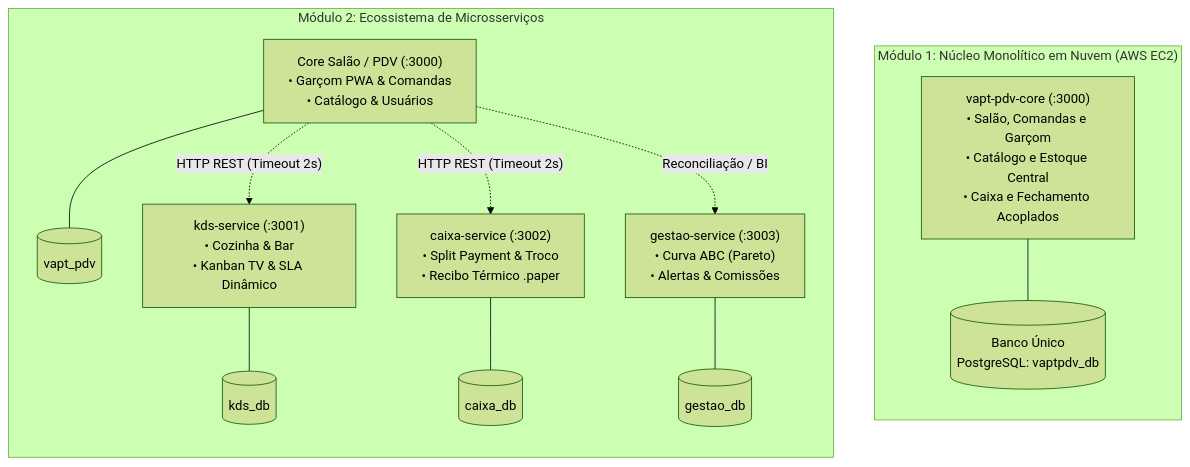
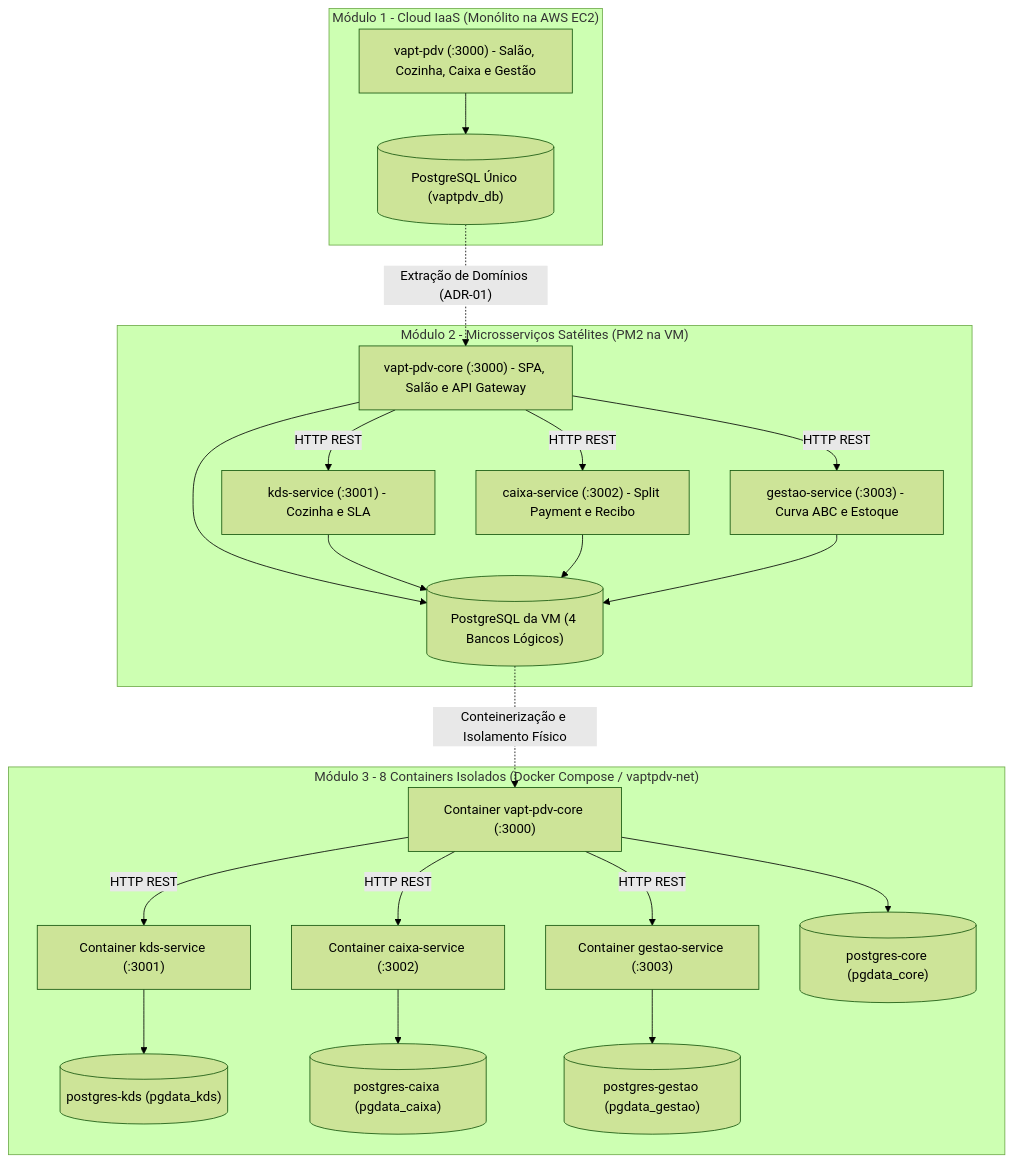
The first of 2 diagrams in README.md (kaiofranca/vapt-pdv), drawn with Mermaid (forest theme) before and after one commit. The commit also changed other lines of this file, not shown here.

````diff
--- a/README.md
+++ b/README.md
@@ -34,31 +83,47 @@
 ```mermaid
 flowchart TD
-    subgraph M1["Módulo 1: Núcleo Monolítico em Nuvem (AWS EC2)"]
-        direction TB
-        M1_Core["vapt-pdv-core (:3000)<br>• Salão, Comandas e Garçom<br>• Catálogo e Estoque Central<br>• Caixa e Fechamento Acoplados"]
-        M1_DB[("Banco Único<br>PostgreSQL: vaptpdv_db")]
-        M1_Core --- M1_DB
+    subgraph M1["Módulo 1 - Cloud IaaS (Monólito na AWS EC2)"]
+        M1_Core["vapt-pdv (:3000) - Salão, Cozinha, Caixa e Gestão"]
+        M1_DB[("PostgreSQL Único (vaptpdv_db)")]
+        M1_Core --> M1_DB
     end
 
-    subgraph M2["Módulo 2: Ecossistema de Microsserviços"]
-        direction TB
-        M2_Core["Core Salão / PDV (:3000)<br>• Garçom PWA & Comandas<br>• Catálogo & Usuários"]
-        M2_KDS["kds-service (:3001)<br>• Cozinha & Bar<br>• Kanban TV & SLA Dinâmico"]
-        M2_Caixa["caixa-service (:3002)<br>• Split Payment & Troco<br>• Recibo Térmico .paper"]
-        M2_Gestao["gestao-service (:3003)<br>• Curva ABC (Pareto)<br>• Alertas & Comissões"]
+    subgraph M2["Módulo 2 - Microsserviços Satélites (PM2 na VM)"]
+        M2_Core["vapt-pdv-core (:3000) - SPA, Salão e API Gateway"]
+        M2_KDS["kds-service (:3001) - Cozinha e SLA"]
+        M2_Caixa["caixa-service (:3002) - Split Payment e Recibo"]
+        M2_Gestao["gestao-service (:3003) - Curva ABC e Estoque"]
+        M2_DB[("PostgreSQL da VM (4 Bancos Lógicos)")]
 
-        DB_Core[("vapt_pdv")]
-        DB_KDS[("kds_db")]
-        DB_Caixa[("caixa_db")]
-        DB_Gestao[("gestao_db")]
+        M2_Core -->|HTTP REST| M2_KDS
+        M2_Core -->|HTTP REST| M2_Caixa
+        M2_Core -->|HTTP REST| M2_Gestao
+        M2_Core --> M2_DB
+        M2_KDS --> M2_DB
+        M2_Caixa --> M2_DB
+        M2_Gestao --> M2_DB
+    end
 
-        M2_Core --- DB_Core
-        M2_KDS --- DB_KDS
-        M2_Caixa --- DB_Caixa
-        M2_Gestao --- DB_Gestao
+    subgraph M3["Módulo 3 - 8 Containers Isolados (Docker Compose / vaptpdv-net)"]
+        M3_Core["Container vapt-pdv-core (:3000)"]
+        M3_KDS["Container kds-service (:3001)"]
+        M3_Caixa["Container caixa-service (:3002)"]
+        M3_Gestao["Container gestao-service (:3003)"]
 
-        M2_Core -.->|"HTTP REST (Timeout 2s)"| M2_KDS
-        M2_Core -.->|"HTTP REST (Timeout 2s)"| M2_Caixa
-        M2_Core -.->|"Reconciliação / BI"| M2_Gestao
+        DB_Core[("postgres-core (pgdata_core)")]
+        DB_KDS[("postgres-kds (pgdata_kds)")]
+        DB_Caixa[("postgres-caixa (pgdata_caixa)")]
+        DB_Gestao[("postgres-gestao (pgdata_gestao)")]
+
+        M3_Core -->|HTTP REST| M3_KDS
+        M3_Core -->|HTTP REST| M3_Caixa
+        M3_Core -->|HTTP REST| M3_Gestao
+        M3_Core --> DB_Core
+        M3_KDS --> DB_KDS
+        M3_Caixa --> DB_Caixa
+        M3_Gestao --> DB_Gestao
     end
+
+    M1_DB -.->|"Extração de Domínios (ADR-01)"| M2_Core
+    M2_DB -.->|"Conteinerização e Isolamento Físico"| M3_Core
 ```
````
